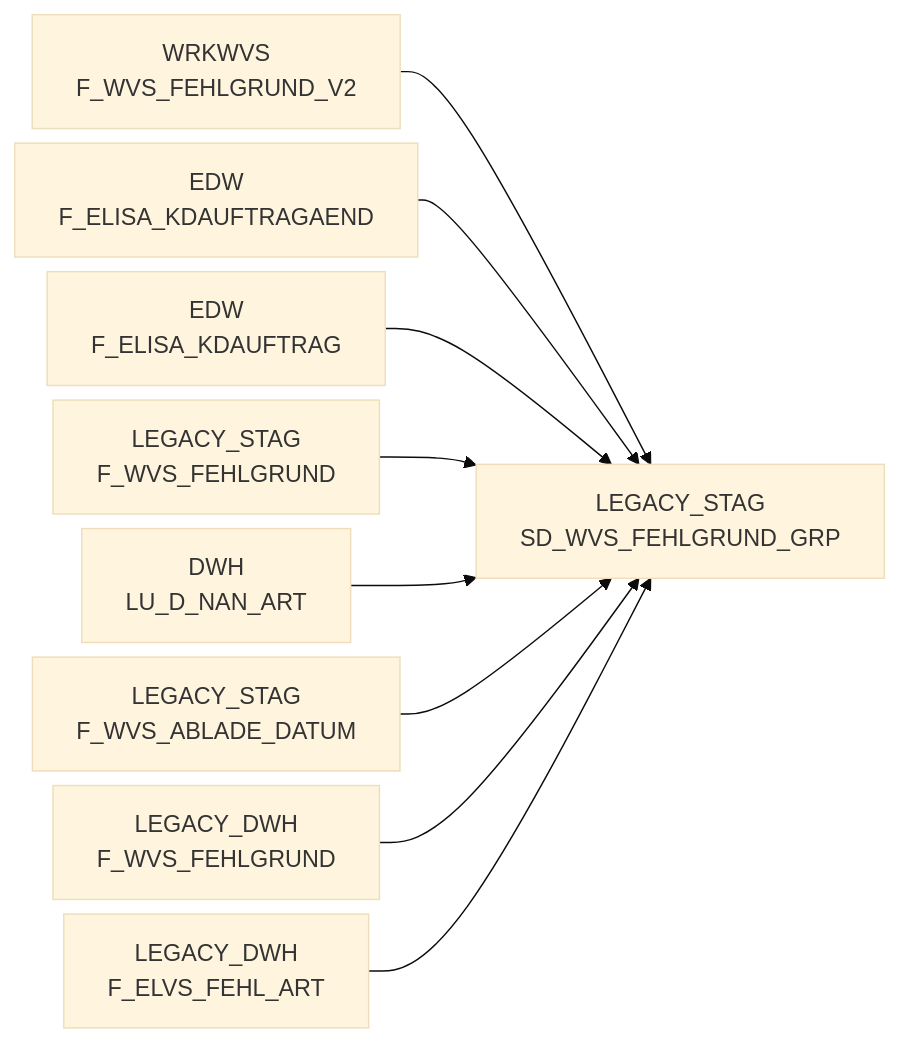
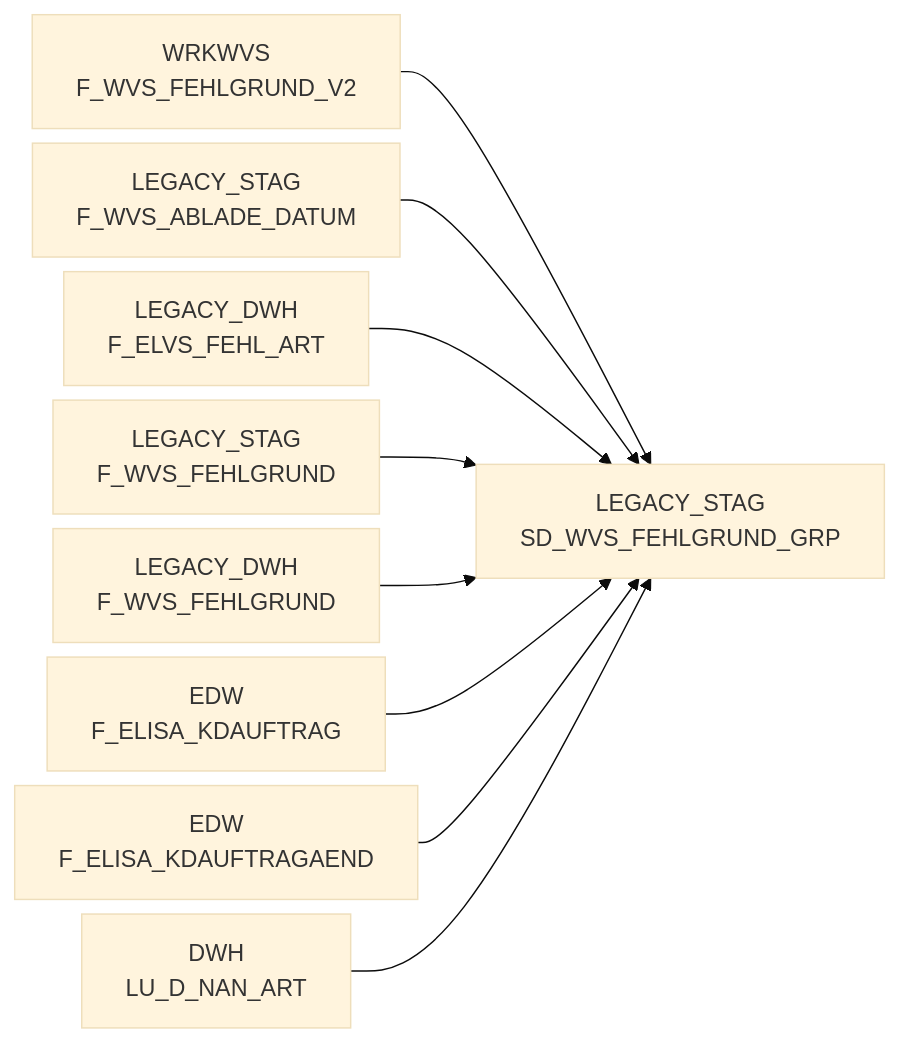
The diagram in docs/Tables/LEGACY_STAG/SD_WVS_FEHLGRUND_GRP.md (integration-factory-de/sas_code_docs), drawn with Mermaid (base theme) before and after one commit. The commit also changed other lines of this file and 129 other files, not shown here.

````diff
--- a/docs/Tables/LEGACY_STAG/SD_WVS_FEHLGRUND_GRP.md
+++ b/docs/Tables/LEGACY_STAG/SD_WVS_FEHLGRUND_GRP.md
@@ -9,30 +13,30 @@
 ```mermaid
 %%{init: {'flowchart': { 'nodeSpacing': 10, 'rankSpacing': 40, 'rankdir': 'TB' }}}%%
 
 flowchart LR
 
   WRKWVS.F_WVS_FEHLGRUND_V2["WRKWVS<br/>F_WVS_FEHLGRUND_V2"] --> LEGACY_STAG.SD_WVS_FEHLGRUND_GRP["LEGACY_STAG<br/>SD_WVS_FEHLGRUND_GRP"]
+  LEGACY_STAG.F_WVS_ABLADE_DATUM["LEGACY_STAG<br/>F_WVS_ABLADE_DATUM"] --> LEGACY_STAG.SD_WVS_FEHLGRUND_GRP["LEGACY_STAG<br/>SD_WVS_FEHLGRUND_GRP"]
+  LEGACY_DWH.F_ELVS_FEHL_ART["LEGACY_DWH<br/>F_ELVS_FEHL_ART"] --> LEGACY_STAG.SD_WVS_FEHLGRUND_GRP["LEGACY_STAG<br/>SD_WVS_FEHLGRUND_GRP"]
+  LEGACY_STAG.F_WVS_FEHLGRUND["LEGACY_STAG<br/>F_WVS_FEHLGRUND"] --> LEGACY_STAG.SD_WVS_FEHLGRUND_GRP["LEGACY_STAG<br/>SD_WVS_FEHLGRUND_GRP"]
+  LEGACY_DWH.F_WVS_FEHLGRUND["LEGACY_DWH<br/>F_WVS_FEHLGRUND"] --> LEGACY_STAG.SD_WVS_FEHLGRUND_GRP["LEGACY_STAG<br/>SD_WVS_FEHLGRUND_GRP"]
+  EDW.F_ELISA_KDAUFTRAG["EDW<br/>F_ELISA_KDAUFTRAG"] --> LEGACY_STAG.SD_WVS_FEHLGRUND_GRP["LEGACY_STAG<br/>SD_WVS_FEHLGRUND_GRP"]
   EDW.F_ELISA_KDAUFTRAGAEND["EDW<br/>F_ELISA_KDAUFTRAGAEND"] --> LEGACY_STAG.SD_WVS_FEHLGRUND_GRP["LEGACY_STAG<br/>SD_WVS_FEHLGRUND_GRP"]
-  EDW.F_ELISA_KDAUFTRAG["EDW<br/>F_ELISA_KDAUFTRAG"] --> LEGACY_STAG.SD_WVS_FEHLGRUND_GRP["LEGACY_STAG<br/>SD_WVS_FEHLGRUND_GRP"]
-  LEGACY_STAG.F_WVS_FEHLGRUND["LEGACY_STAG<br/>F_WVS_FEHLGRUND"] --> LEGACY_STAG.SD_WVS_FEHLGRUND_GRP["LEGACY_STAG<br/>SD_WVS_FEHLGRUND_GRP"]
   DWH.LU_D_NAN_ART["DWH<br/>LU_D_NAN_ART"] --> LEGACY_STAG.SD_WVS_FEHLGRUND_GRP["LEGACY_STAG<br/>SD_WVS_FEHLGRUND_GRP"]
-  LEGACY_STAG.F_WVS_ABLADE_DATUM["LEGACY_STAG<br/>F_WVS_ABLADE_DATUM"] --> LEGACY_STAG.SD_WVS_FEHLGRUND_GRP["LEGACY_STAG<br/>SD_WVS_FEHLGRUND_GRP"]
-  LEGACY_DWH.F_WVS_FEHLGRUND["LEGACY_DWH<br/>F_WVS_FEHLGRUND"] --> LEGACY_STAG.SD_WVS_FEHLGRUND_GRP["LEGACY_STAG<br/>SD_WVS_FEHLGRUND_GRP"]
-  LEGACY_DWH.F_ELVS_FEHL_ART["LEGACY_DWH<br/>F_ELVS_FEHL_ART"] --> LEGACY_STAG.SD_WVS_FEHLGRUND_GRP["LEGACY_STAG<br/>SD_WVS_FEHLGRUND_GRP"]
   click WRKWVS.F_WVS_FEHLGRUND_V2 "../../tables/WRKWVS/F_WVS_FEHLGRUND_V2"
+  click LEGACY_STAG.F_WVS_ABLADE_DATUM "../../tables/LEGACY_STAG/F_WVS_ABLADE_DATUM"
+  click LEGACY_DWH.F_ELVS_FEHL_ART "../../tables/LEGACY_DWH/F_ELVS_FEHL_ART"
+  click LEGACY_STAG.F_WVS_FEHLGRUND "../../tables/LEGACY_STAG/F_WVS_FEHLGRUND"
+  click LEGACY_DWH.F_WVS_FEHLGRUND "../../tables/LEGACY_DWH/F_WVS_FEHLGRUND"
+  click EDW.F_ELISA_KDAUFTRAG "../../tables/EDW/F_ELISA_KDAUFTRAG"
   click EDW.F_ELISA_KDAUFTRAGAEND "../../tables/EDW/F_ELISA_KDAUFTRAGAEND"
-  click EDW.F_ELISA_KDAUFTRAG "../../tables/EDW/F_ELISA_KDAUFTRAG"
-  click LEGACY_STAG.F_WVS_FEHLGRUND "../../tables/LEGACY_STAG/F_WVS_FEHLGRUND"
   click DWH.LU_D_NAN_ART "../../tables/DWH/LU_D_NAN_ART"
-  click LEGACY_STAG.F_WVS_ABLADE_DATUM "../../tables/LEGACY_STAG/F_WVS_ABLADE_DATUM"
-  click LEGACY_DWH.F_WVS_FEHLGRUND "../../tables/LEGACY_DWH/F_WVS_FEHLGRUND"
-  click LEGACY_DWH.F_ELVS_FEHL_ART "../../tables/LEGACY_DWH/F_ELVS_FEHL_ART"
   click LEGACY_STAG.SD_WVS_FEHLGRUND_GRP "../../tables/LEGACY_STAG/SD_WVS_FEHLGRUND_GRP"
   click LEGACY_STAG.SD_WVS_FEHLGRUND_GRP "../../tables/LEGACY_STAG/SD_WVS_FEHLGRUND_GRP"
   click LEGACY_STAG.SD_WVS_FEHLGRUND_GRP "../../tables/LEGACY_STAG/SD_WVS_FEHLGRUND_GRP"
   click LEGACY_STAG.SD_WVS_FEHLGRUND_GRP "../../tables/LEGACY_STAG/SD_WVS_FEHLGRUND_GRP"
   click LEGACY_STAG.SD_WVS_FEHLGRUND_GRP "../../tables/LEGACY_STAG/SD_WVS_FEHLGRUND_GRP"
   click LEGACY_STAG.SD_WVS_FEHLGRUND_GRP "../../tables/LEGACY_STAG/SD_WVS_FEHLGRUND_GRP"
   click LEGACY_STAG.SD_WVS_FEHLGRUND_GRP "../../tables/LEGACY_STAG/SD_WVS_FEHLGRUND_GRP"
   click LEGACY_STAG.SD_WVS_FEHLGRUND_GRP "../../tables/LEGACY_STAG/SD_WVS_FEHLGRUND_GRP"
 ```
````
